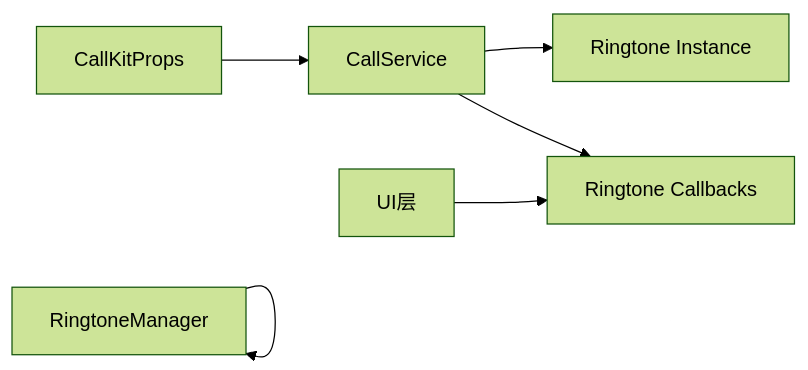
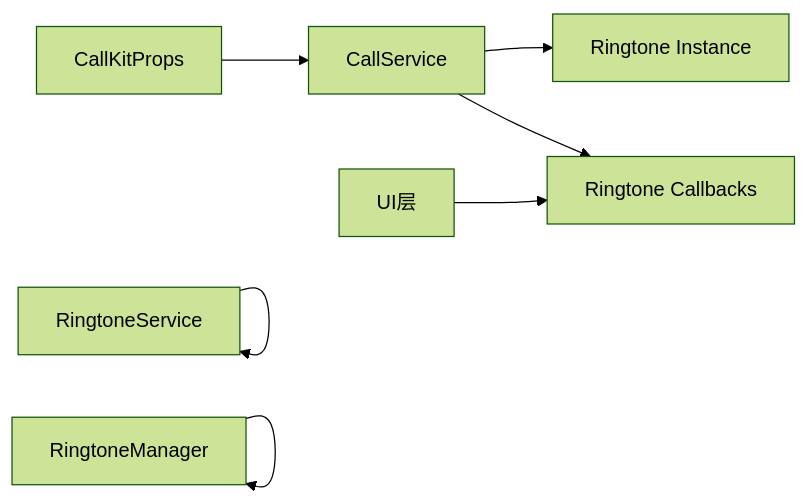
Before and after one commit to Easemob-Community/easemob-uikit-callkit-vue3: the sixth of 6 diagrams in .qoder/repowiki/zh/content/工具函数/铃声管理器.md, drawn with Mermaid (forest theme). The commit also changed other lines of this file and 58 other files, not shown here.

````diff
--- a/.qoder/repowiki/zh/content/工具函数/铃声管理器.md
+++ b/.qoder/repowiki/zh/content/工具函数/铃声管理器.md
@@ -218,8 +295,9 @@
 ```mermaid
 graph LR
 CT["CallKitProps"] --> CS["CallService"]
 CS --> RT["Ringtone Instance"]
+RS["RingtoneService"] --> RS
 RM["RingtoneManager"] --> RM
 CS --> CB["Ringtone Callbacks"]
 UI["UI层"] --> CB
 ```
````
